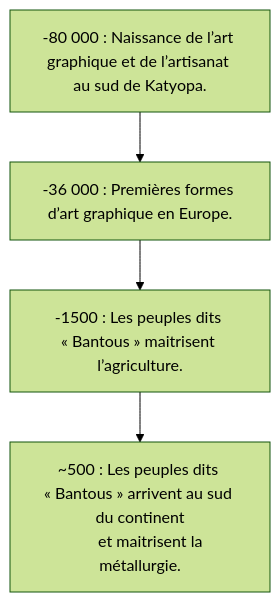
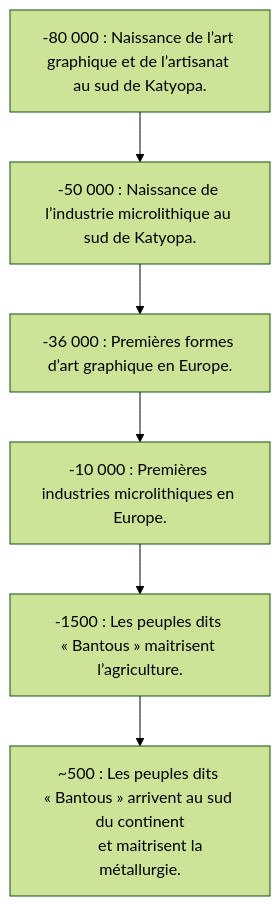
One commit to ba-moun/Ba-Moun-Save changed the diagram in en-cours/histoire/avancées-technologiques.md. Above: the diagram before and after it, drawn with Mermaid (forest theme). The commit also changed other lines of this file, not shown here.

Commit message:
docs: update en-cours/histoire/avancées-technologiques

````diff
--- a/en-cours/histoire/avancées-technologiques.md
+++ b/en-cours/histoire/avancées-technologiques.md
@@ -15,14 +15,18 @@
 ```mermaid
 flowchart TB
    graphicArts["-80 000 : Naissance de l’art graphique et de l’artisanat au sud de Katyopa."]
    
+   technocomplex["-50 000 : Naissance de l’industrie microlithique au sud de Katyopa."]
+   
    graphicArtsInEu["-36 000 : Premières formes d’art graphique en Europe."]
+   
+   technocomplexInEu["-10 000 : Premières industries microlithiques en Europe."]
 
    agriculture["-1500 : Les peuples dits « Bantous » maitrisent l’agriculture."]
    
    metalworkingIndustry["~500 : Les peuples dits « Bantous » arrivent au sud du continent
       et maitrisent la métallurgie."]
       
-   graphicArts --> graphicArtsInEu --> agriculture --> metalworkingIndustry
+   graphicArts --> technocomplex --> graphicArtsInEu --> technocomplexInEu --> agriculture --> metalworkingIndustry
    
 ```
````
